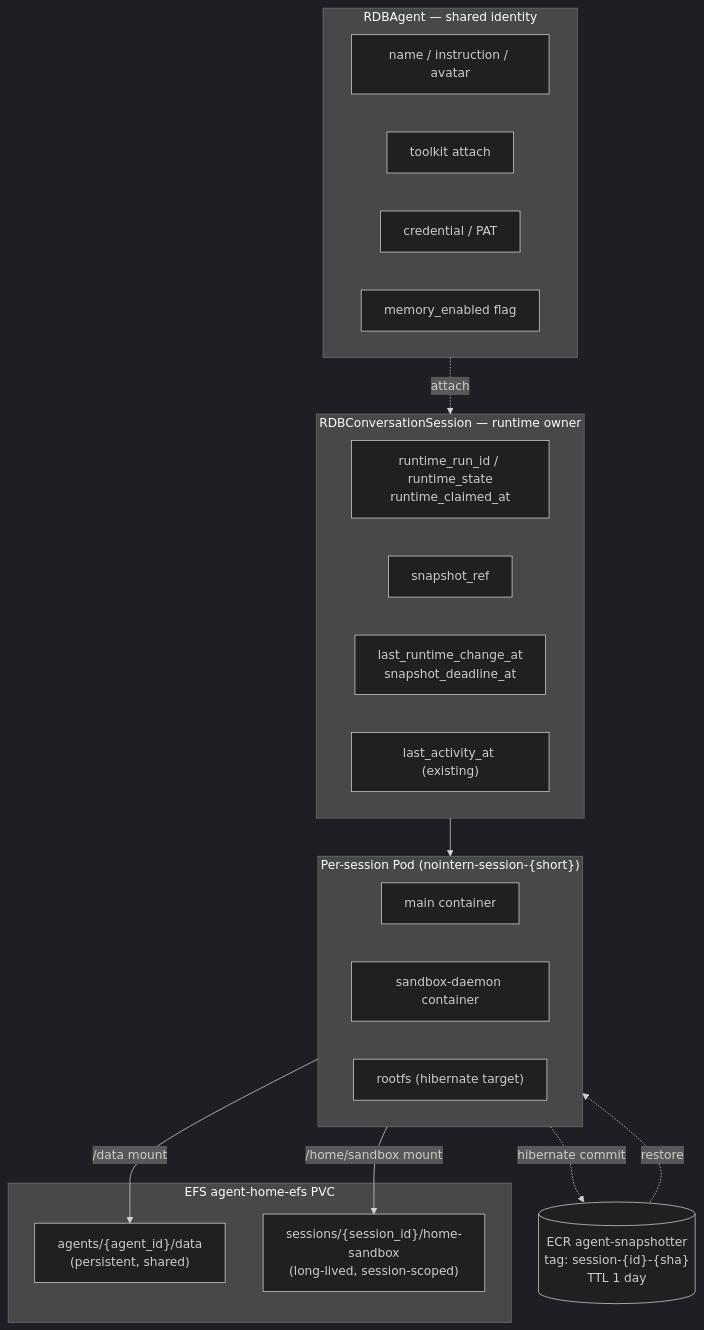
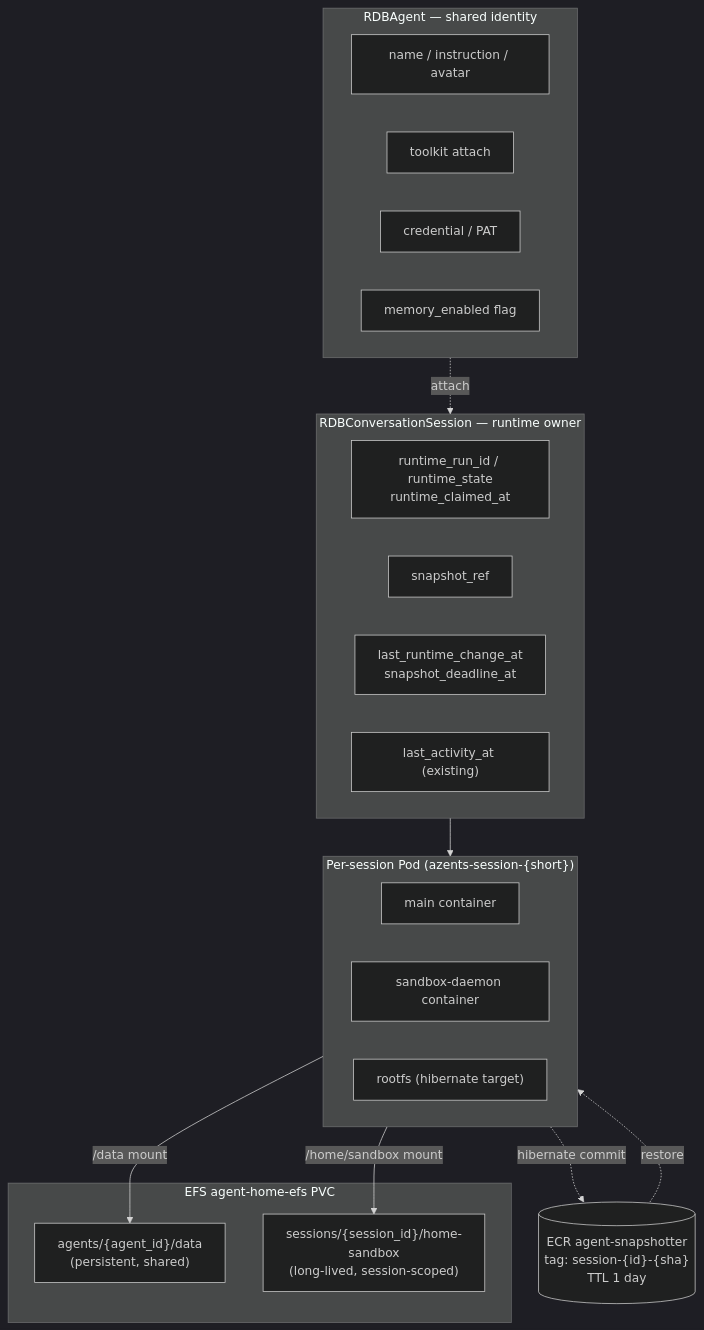
One commit to azents/azents changed the first of 2 diagrams in docs/azents/design/sandbox-260424-sandbox.md. Above: the diagram before and after it, drawn with Mermaid (dark theme). The commit also changed other lines of this file and 245 other files, not shown here.

````diff
--- a/docs/azents/design/sandbox-260424-sandbox.md
+++ b/docs/azents/design/sandbox-260424-sandbox.md
@@ -86,36 +86,36 @@
 ```mermaid
 flowchart TB
     subgraph Agent["RDBAgent — shared identity"]
         A1[name / instruction / avatar]
         A2[toolkit attach]
         A3[credential / PAT]
         A4[memory_enabled flag]
     end
 
     subgraph EFS["EFS agent-home-efs PVC"]
         E1["agents/{agent_id}/data<br/>(persistent, shared)"]
         E2["sessions/{session_id}/home-sandbox<br/>(long-lived, session-scoped)"]
     end
 
     subgraph Session["RDBConversationSession — runtime owner"]
         S1["runtime_run_id / runtime_state<br/>runtime_claimed_at"]
         S2["snapshot_ref"]
         S3["last_runtime_change_at<br/>snapshot_deadline_at"]
         S4["last_activity_at (existing)"]
     end
 
-    subgraph Pod["Per-session Pod (nointern-session-{short})"]
+    subgraph Pod["Per-session Pod (azents-session-{short})"]
         P1[main container]
         P2[sandbox-daemon container]
         P3["rootfs (hibernate target)"]
     end
 
     ECR[("ECR agent-snapshotter<br/>tag: session-{id}-{sha}<br/>TTL 1 day")]
 
     Agent -. attach .-> Session
     Session --> Pod
     Pod -- "/data mount" --> E1
     Pod -- "/home/sandbox mount" --> E2
     Pod -. "hibernate commit" .-> ECR
     ECR -. "restore" .-> Pod
 ```
````
